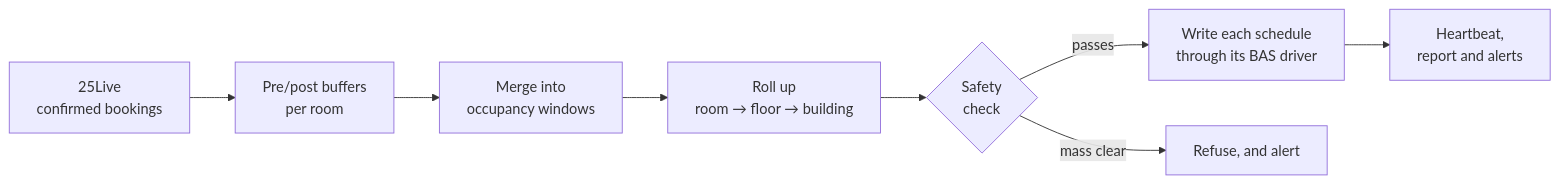
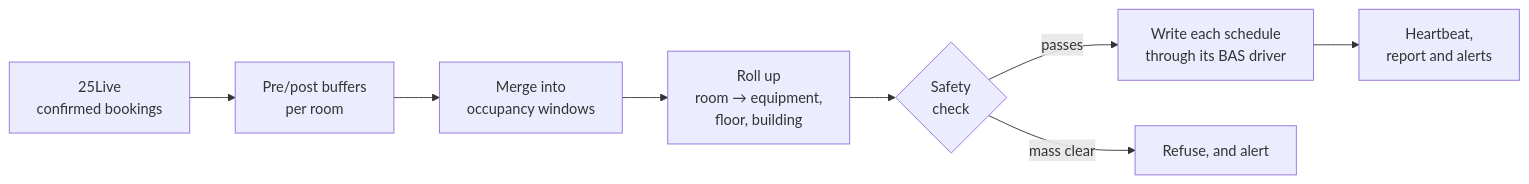
Before and after one commit to KSU-PlantOps/25live-bas-sync: the diagram in docs/how-it-works.md, drawn with Mermaid. The commit also changed other lines of this file and 26 other files, not shown here.

First line of the commit message:
Release 1.4.0: rooms from 25Live, equipment, and a building at a time

````diff
--- a/docs/how-it-works.md
+++ b/docs/how-it-works.md
@@ -16,10 +16,10 @@
 ```mermaid
 flowchart LR
     A["25Live<br/>confirmed bookings"] --> B["Pre/post buffers<br/>per room"]
     B --> C["Merge into<br/>occupancy windows"]
-    C --> D["Roll up<br/>room → floor → building"]
+    C --> D["Roll up<br/>room → equipment,<br/>floor, building"]
     D --> E{"Safety<br/>check"}
     E -- passes --> F["Write each schedule<br/>through its BAS driver"]
     E -- mass clear --> X["Refuse, and alert"]
     F --> G["Heartbeat,<br/>report and alerts"]
 ```
````
